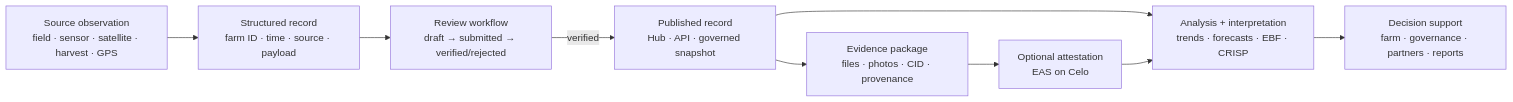
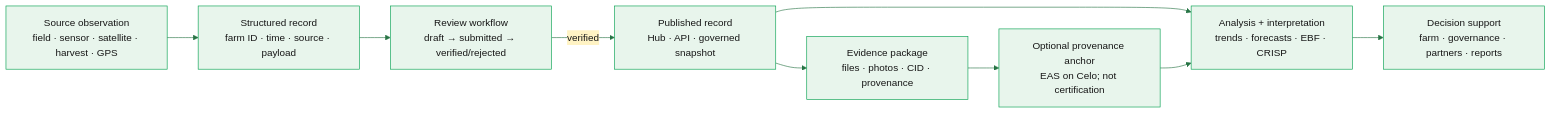
One commit to wasalo/Kokonut-Public-Site changed the first of 3 diagrams in ecosystem-wiki/kokonut-farms/measurement-reporting-and-verification.mdx. Above: the diagram before and after it, drawn with Mermaid. The commit also changed other lines of this file and 9 other files, not shown here.

Commit message:
style(mermaid): refresh governance, MRV and farm reference diagrams with authority distinctions

````diff
--- a/ecosystem-wiki/kokonut-farms/measurement-reporting-and-verification.mdx
+++ b/ecosystem-wiki/kokonut-farms/measurement-reporting-and-verification.mdx
@@ -68,11 +68,12 @@
 ```mermaid
+%%{init: {"theme":"base","themeVariables":{"primaryColor":"#e8f5ec","primaryTextColor":"#171717","primaryBorderColor":"#009F4D","secondaryColor":"#fff3c4","tertiaryColor":"#ffffff","lineColor":"#277445","fontFamily":"Inter, Arial, sans-serif"}}}%%
 flowchart LR
     A["Source observation<br/>field · sensor · satellite · harvest · GPS"] --> B["Structured record<br/>farm ID · time · source · payload"]
     B --> C["Review workflow<br/>draft → submitted → verified/rejected"]
     C -->|verified| D["Published record<br/>Hub · API · governed snapshot"]
     D --> E["Evidence package<br/>files · photos · CID · provenance"]
-    E --> F["Optional attestation<br/>EAS on Celo"]
+    E --> F["Optional provenance anchor<br/>EAS on Celo; not certification"]
     D --> G["Analysis + interpretation<br/>trends · forecasts · EBF · CRISP"]
     F --> G
     G --> H["Decision support<br/>farm · governance · partners · reports"]
 ```
````
